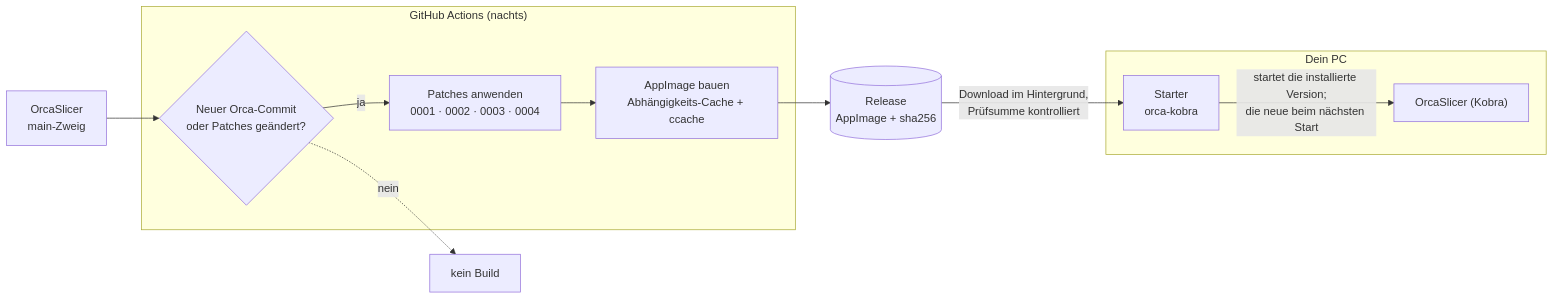
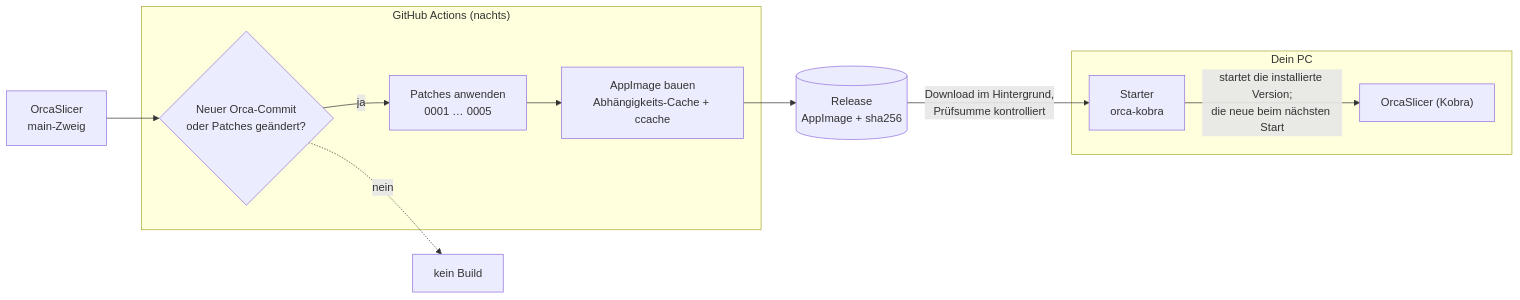
The diagram in README.de.md (xNoVoSx/orca-kobra), drawn with Mermaid before and after one commit. The commit also changed other lines of this file and 4 other files, not shown here.

````diff
--- a/README.de.md
+++ b/README.de.md
@@ -38,20 +38,20 @@
 ```mermaid
 flowchart LR
     UP[OrcaSlicer<br/>main-Zweig]
     subgraph GH["GitHub Actions (nachts)"]
         CK{Neuer Orca-Commit<br/>oder Patches geändert?}
-        AP[Patches anwenden<br/>0001 · 0002 · 0003 · 0004]
+        AP[Patches anwenden<br/>0001 … 0005]
         BU[AppImage bauen<br/>Abhängigkeits-Cache + ccache]
     end
     RE[(Release<br/>AppImage + sha256)]
     subgraph PC["Dein PC"]
         LA[Starter<br/>orca-kobra]
         OR["OrcaSlicer (Kobra)"]
     end
 
     UP --> CK
     CK -- ja --> AP --> BU --> RE
     CK -. nein .-> SK[kein Build]
     RE -- "Download im Hintergrund,<br/>Prüfsumme kontrolliert" --> LA
     LA -- "startet die installierte Version;<br/>die neue beim nächsten Start" --> OR
 ```
````
